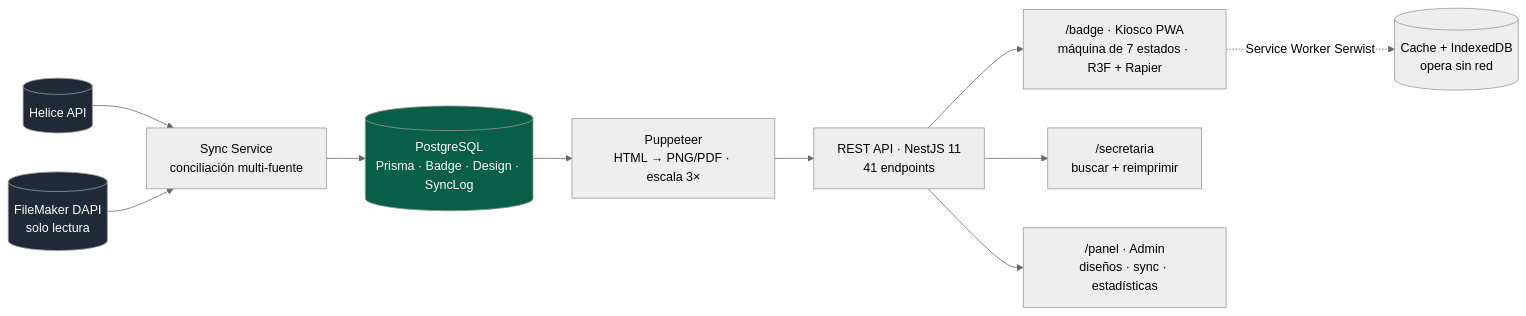
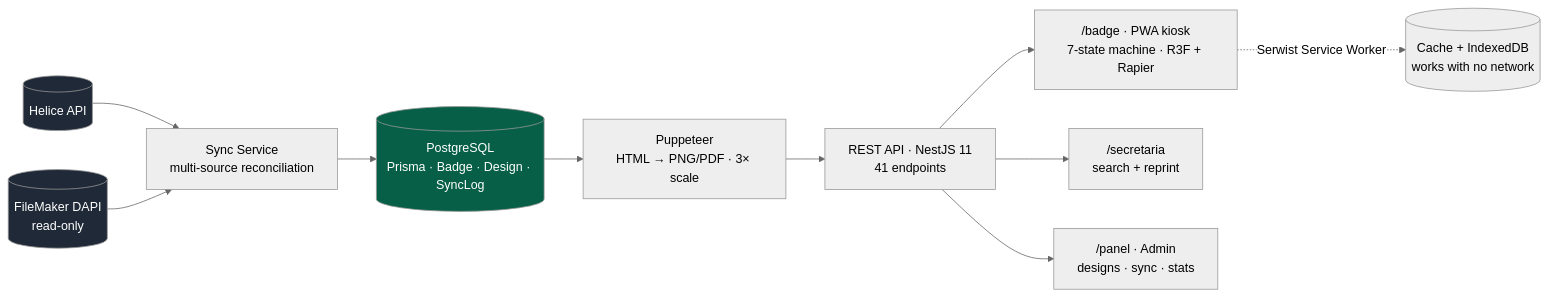
One commit to aleglope/production-systems-case-studies changed the diagram in projects/badgeflow.md. Above: the diagram before and after it, drawn with Mermaid (neutral theme). The commit also changed other lines of this file and 25 other files, not shown here.

````diff
--- a/projects/badgeflow.md
+++ b/projects/badgeflow.md
@@ -19,18 +21,18 @@
 ```mermaid
 flowchart LR
-    HEL[("Helice API")] --> SYNC["Sync Service<br/>conciliación multi-fuente"]
-    FM[("FileMaker DAPI<br/>solo lectura")] --> SYNC
+    HEL[("Helice API")] --> SYNC["Sync Service<br/>multi-source reconciliation"]
+    FM[("FileMaker DAPI<br/>read-only")] --> SYNC
     SYNC --> PG[("PostgreSQL<br/>Prisma · Badge · Design · SyncLog")]
-    PG --> PUP["Puppeteer<br/>HTML → PNG/PDF · escala 3×"]
+    PG --> PUP["Puppeteer<br/>HTML → PNG/PDF · 3× scale"]
 
     PUP --> API["REST API · NestJS 11<br/>41 endpoints"]
-    API --> KIOSK["/badge · Kiosco PWA<br/>máquina de 7 estados · R3F + Rapier"]
-    API --> SEC["/secretaria<br/>buscar + reimprimir"]
-    API --> PANEL["/panel · Admin<br/>diseños · sync · estadísticas"]
+    API --> KIOSK["/badge · PWA kiosk<br/>7-state machine · R3F + Rapier"]
+    API --> SEC["/secretaria<br/>search + reprint"]
+    API --> PANEL["/panel · Admin<br/>designs · sync · stats"]
 
-    KIOSK -. "Service Worker Serwist" .-> CACHE[("Cache + IndexedDB<br/>opera sin red")]
+    KIOSK -. "Serwist Service Worker" .-> CACHE[("Cache + IndexedDB<br/>works with no network")]
 
     style PG fill:#065f46,color:#fff
     style FM fill:#1f2937,color:#fff
     style HEL fill:#1f2937,color:#fff
 ```
````
